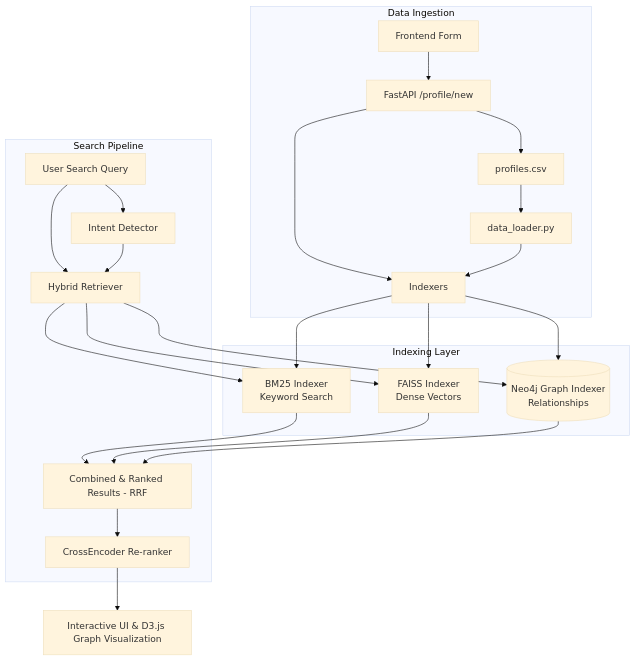
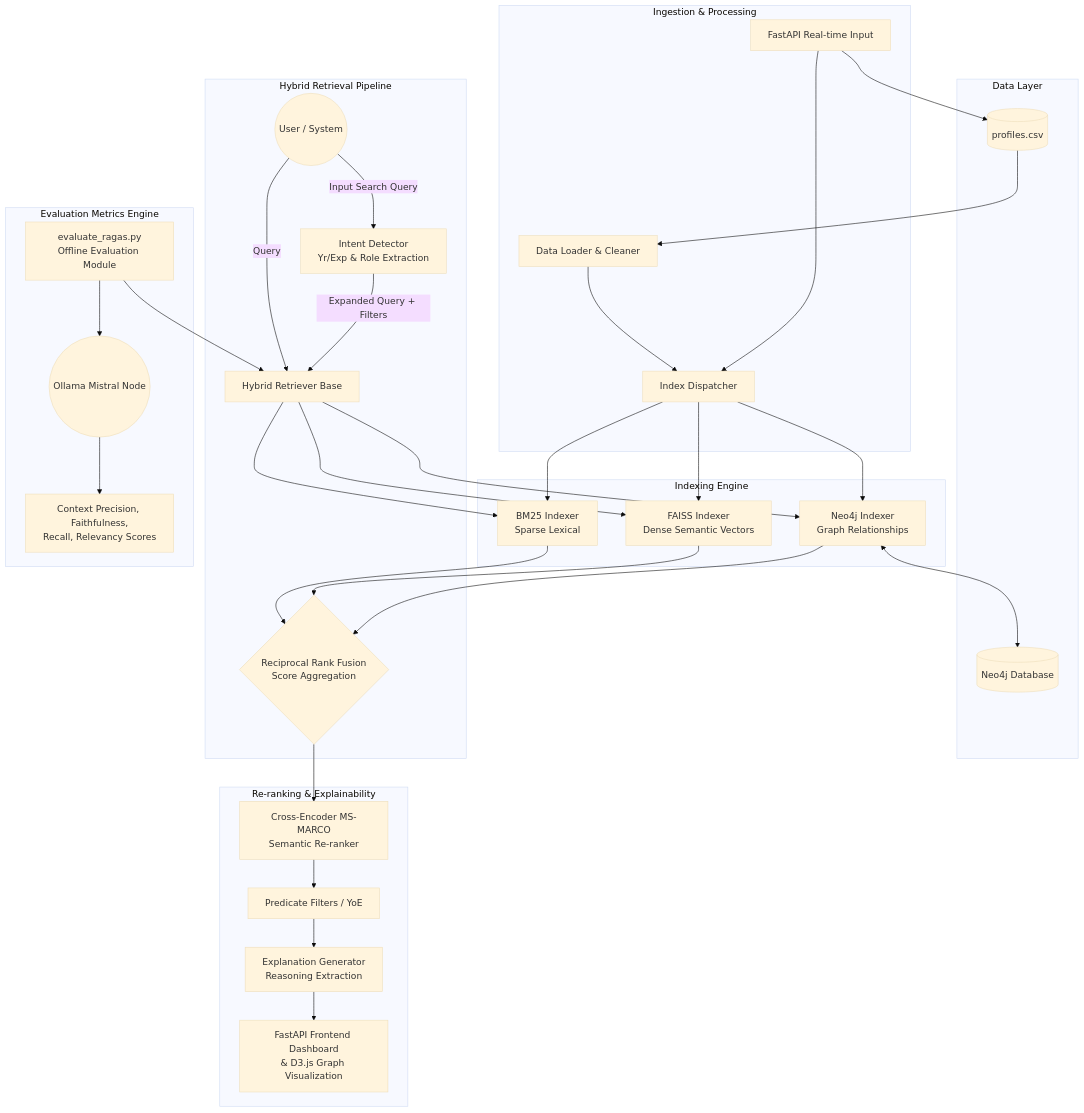
Before and after one commit to AMANKUMAR300606/DL_Hackathon: the diagram in README.md, drawn with Mermaid (base theme). The commit also changed other lines of this file, not shown here.

Commit message:
refining readme

````diff
--- a/README.md
+++ b/README.md
@@ -19,34 +19,50 @@
 ```mermaid
 flowchart TD
-    subgraph Data Ingestion
-        CSV[profiles.csv] --> Loader[data_loader.py]
-        UI_Form[Frontend Form] --> API[FastAPI /profile/new]
-        API --> CSV
-        API --> Indexers
+    subgraph Data Layer
+        CSV[(profiles.csv)]
+        GraphDB[(Neo4j Database)]
     end
 
-    subgraph Indexing Layer
-        Loader --> Indexers
-        Indexers --> BM25[BM25 Indexer\nKeyword Search]
-        Indexers --> FAISS[FAISS Indexer\nDense Vectors]
-        Indexers --> Neo4j[(Neo4j Graph Indexer\nRelationships)]
+    subgraph Ingestion & Processing
+        Loader[Data Loader & Cleaner]
+        API[FastAPI Real-time Input]
+        CSV --> Loader
+        API --> CSV
+        Loader --> IndexDispatcher[Index Dispatcher]
+        API --> IndexDispatcher
     end
 
-    subgraph Search Pipeline
-        Query[User Search Query] --> Intent[Intent Detector]
-        Query --> Hybrid[Hybrid Retriever]
-        Intent --> Hybrid
-        
+    subgraph Indexing Engine
+        IndexDispatcher --> BM25[BM25 Indexer\nSparse Lexical]
+        IndexDispatcher --> FAISS[FAISS Indexer\nDense Semantic Vectors]
+        IndexDispatcher --> Neo4jGraph[Neo4j Indexer\nGraph Relationships]
+        Neo4jGraph <--> GraphDB
+    end
+
+    subgraph Hybrid Retrieval Pipeline
+        User((User / System)) -->|Input Search Query| Intent[Intent Detector\nYr/Exp & Role Extraction]
+        User -->|Query| Hybrid[Hybrid Retriever Base]
+        Intent -->|Expanded Query + Filters| Hybrid
+
         Hybrid --> BM25
         Hybrid --> FAISS
-        Hybrid --> Neo4j
+        Hybrid --> Neo4jGraph
         
-        BM25 --> Ranker[Combined & Ranked Results - RRF]
-        FAISS --> Ranker
-        Neo4j --> Ranker
-        
-        Ranker --> CrossEncoder[CrossEncoder Re-ranker]
+        BM25 --> RRF{Reciprocal Rank Fusion\nScore Aggregation}
+        FAISS --> RRF
+        Neo4jGraph --> RRF
     end
 
-    CrossEncoder --> Frontend[Interactive UI & D3.js Graph Visualization]
+    subgraph Re-ranking & Explainability
+        RRF --> CE[Cross-Encoder MS-MARCO\nSemantic Re-ranker]
+        CE --> Filters[Predicate Filters / YoE]
+        Filters --> Explainer[Explanation Generator\nReasoning Extraction]
+        Explainer --> UI[FastAPI Frontend Dashboard\n& D3.js Graph Visualization]
+    end
+
+    subgraph Evaluation Metrics Engine
+        EvalScript[evaluate_ragas.py\nOffline Evaluation Module] --> Hybrid
+        EvalScript --> LLM((Ollama Mistral Node))
+        LLM --> Metrics[Context Precision, Faithfulness,\nRecall, Relevancy Scores]
+    end
 ```
````
